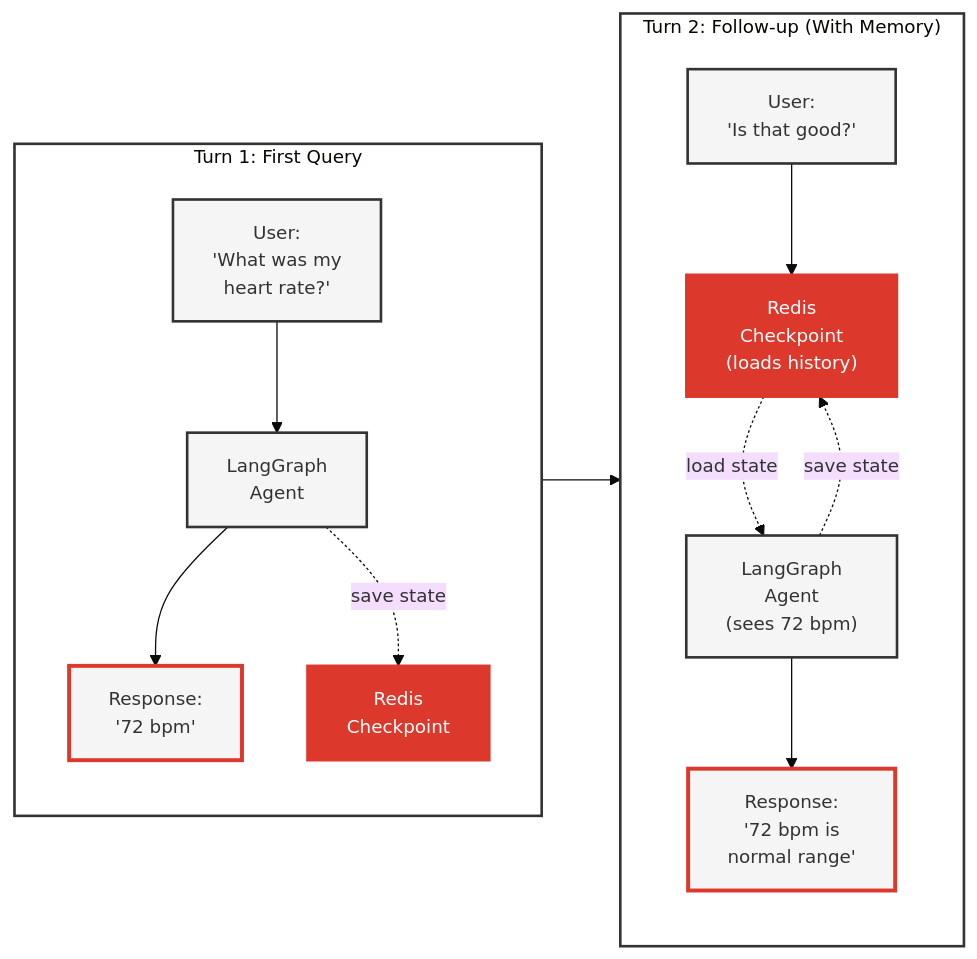
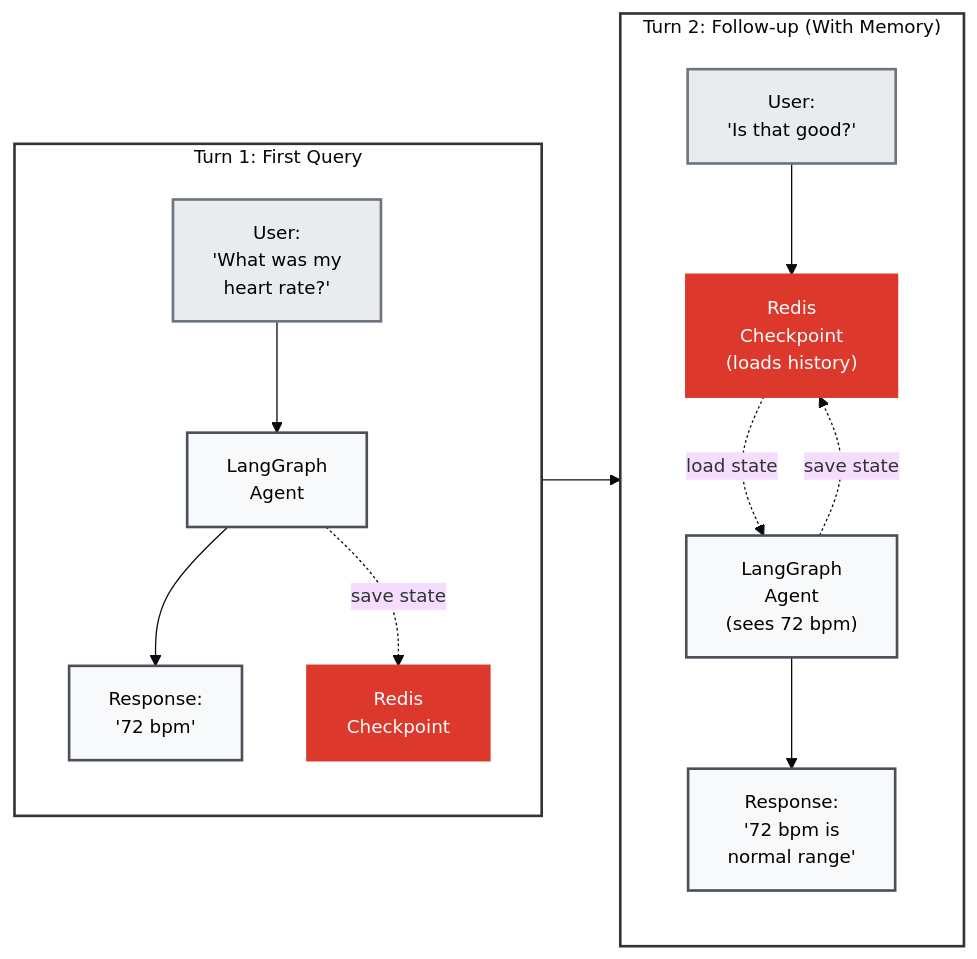
One commit to AllieRays/redis-wellness changed the first of 2 diagrams in docs/12_LANGGRAPH_CHECKPOINTING.md. Above: the diagram before and after it, drawn with Mermaid. The commit also changed other lines of this file and 4 other files, not shown here.

Commit message:
Update documentation: improve diagram colors and add screenshot

````diff
--- a/docs/12_LANGGRAPH_CHECKPOINTING.md
+++ b/docs/12_LANGGRAPH_CHECKPOINTING.md
@@ -21,39 +21,39 @@
 ```mermaid
 %%{init: {'theme':'base', 'themeVariables': { 'fontSize':'14px'}, 'flowchart': {'nodeSpacing': 50, 'rankSpacing': 60}}}%%
 flowchart LR
     subgraph Turn1["Turn 1: First Query"]
         U1["User:<br/>'What was my<br/>heart rate?'"]
         L1["LangGraph<br/>Agent"]
         R1["Redis<br/>Checkpoint"]
         A1["Response:<br/>'72 bpm'"]
 
         U1 --> L1
         L1 --> A1
         L1 -."save state".-> R1
     end
 
     subgraph Turn2["Turn 2: Follow-up (With Memory)"]
         U2["User:<br/>'Is that good?'"]
         R2["Redis<br/>Checkpoint<br/>(loads history)"]
         L2["LangGraph<br/>Agent<br/>(sees 72 bpm)"]
         A2["Response:<br/>'72 bpm is<br/>normal range'"]
 
         U2 --> R2
         R2 -."load state".-> L2
         L2 --> A2
         L2 -."save state".-> R2
     end
 
     Turn1 --> Turn2
 
     style Turn1 fill:none,stroke:#333,stroke-width:2px
     style Turn2 fill:none,stroke:#333,stroke-width:2px
-    style U1 fill:#f5f5f5,stroke:#333,stroke-width:2px
-    style U2 fill:#f5f5f5,stroke:#333,stroke-width:2px
-    style L1 fill:#f5f5f5,stroke:#333,stroke-width:2px
-    style L2 fill:#f5f5f5,stroke:#333,stroke-width:2px
+    style U1 fill:#e9ecef,stroke:#6c757d,stroke-width:2px,color:#000
+    style U2 fill:#e9ecef,stroke:#6c757d,stroke-width:2px,color:#000
+    style L1 fill:#f8f9fa,stroke:#495057,stroke-width:2px,color:#000
+    style L2 fill:#f8f9fa,stroke:#495057,stroke-width:2px,color:#000
     style R1 fill:#DC382C,stroke:#DC382C,stroke-width:2px,color:#fff
     style R2 fill:#DC382C,stroke:#DC382C,stroke-width:2px,color:#fff
-    style A1 fill:#f5f5f5,stroke:#DC382C,stroke-width:3px
-    style A2 fill:#f5f5f5,stroke:#DC382C,stroke-width:3px
+    style A1 fill:#f8f9fa,stroke:#495057,stroke-width:2px,color:#000
+    style A2 fill:#f8f9fa,stroke:#495057,stroke-width:2px,color:#000
 ```
````
